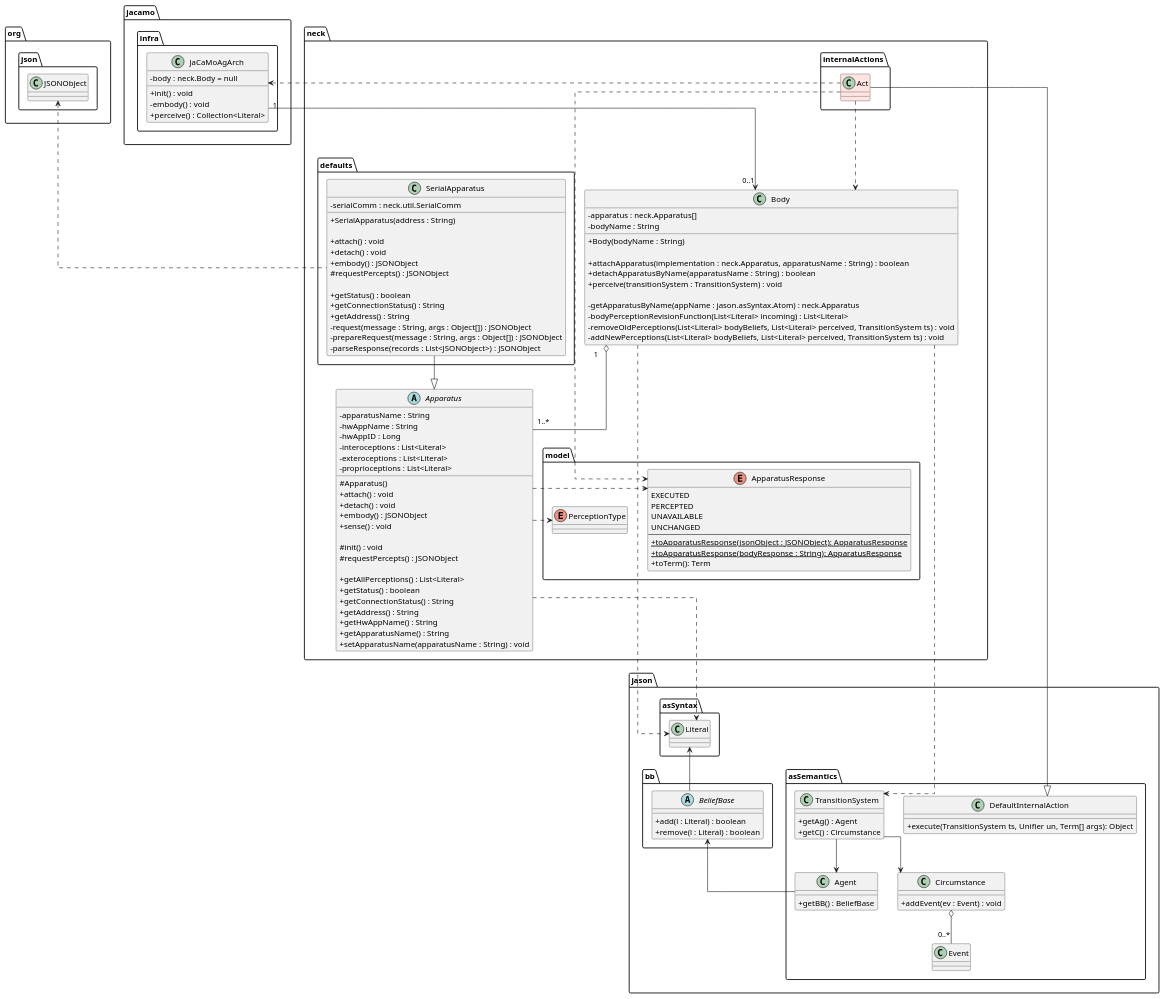
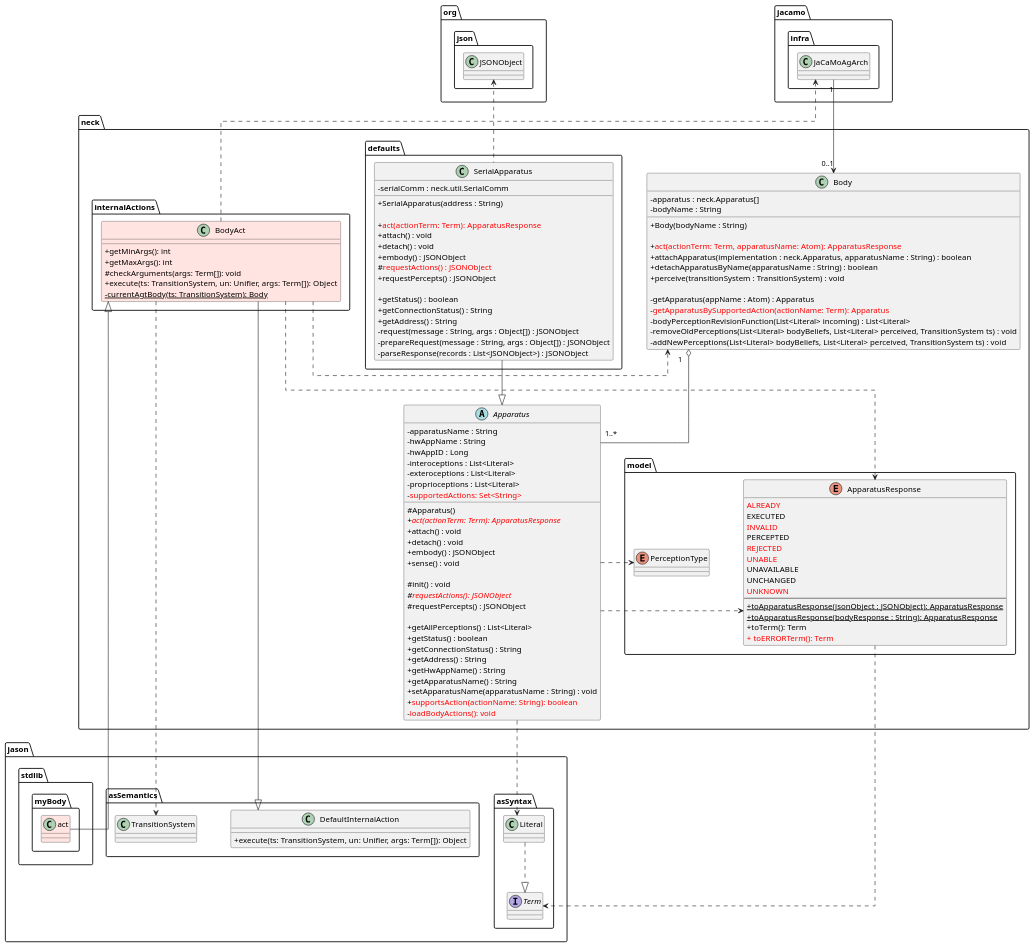
Before and after one commit to chon-group/JACAMOb: the diagram in doc/02-MyBodyMyActions/plantUML/class/MyActions_class.puml, drawn with PlantUML. The commit also changed 16 other files, not shown here.

Commit message:
adjusting myBody.act() Internal Action

```diff
--- a/doc/02-MyBodyMyActions/plantUML/class/MyActions_class.puml
+++ b/doc/02-MyBodyMyActions/plantUML/class/MyActions_class.puml
@@ -6,14 +6,13 @@
 @startuml
 
-' top to bottom direction
+  top to bottom direction
 
  skinparam classAttributeIconSize 0
  skinparam packageStyle folder
  skinparam linetype ortho
- skinparam nodesep 35
- 'skinparam ranksep 45
- skinparam ranksep 60
-
+ skinparam linetype ortho
+ skinparam nodesep 60
+ skinparam ranksep 80
 
 package org{
   package json{
@@ -28,62 +27,31 @@
 ' ============================================================
 package jason {
 
+  package "stdlib" {
+    package "myBody" {
+        class "act" as myBodyAct #MistyRose
+    }
+  }
+
   package "asSemantics" as pkg_jason_semantics {
 
-    class "TransitionSystem" as TransitionSystem {
-        + getAg() : Agent
-        + getC() : Circumstance
-    }
+      class "TransitionSystem" as TransitionSystem
 
-    class "Agent" as Agent {
-        + getBB() : BeliefBase
-    }
+      class "DefaultInternalAction" as DefaultInternalAction {
+          + execute(ts: TransitionSystem, un: Unifier, args: Term[]): Object
+      }
 
-    class "Circumstance" as Circumstance {
-        + addEvent(ev : Event) : void
-    }
-
-    class "DefaultInternalAction" as DefaultInternalAction{
-      + execute(TransitionSystem ts, Unifier un, Term[] args): Object
-    }
-
-    class "Event" as Event
-
-
-  }
-
-  package "bb" as pkg_jason_bb {
-
-    abstract "BeliefBase" as BeliefBase {
-         + add(l : Literal) : boolean
-         + remove(l : Literal) : boolean
-    }
   }
 
   package "asSyntax" as pkg_jason_syntax {
 
-    class "Literal" as Literal {
-        ' + getAnnots() : List<Term>
-        ' + addAnnot(annot : Term) : boolean
-        ' + hasAnnot(annot : Term) : boolean
-        ' + clearAnnots() : Literal
-    }
+    interface "Term" as Term
 
+    class "Literal" as Literal
 
-  
-    
+    Literal ..|> Term
+
   }
-
-    TransitionSystem --> Agent 
-    TransitionSystem --> Circumstance
-
-    Circumstance o-- "0..*" Event 
-
-    Literal <-- BeliefBase
-    BeliefBase <-- Agent
-
-
-
 }
 
 
@@ -99,11 +67,6 @@
 
   package "infra" as pkg_infra {
     class "JaCaMoAgArch" as JaCaMoAgArch {
-        - body : neck.Body = null
-
-        + init() : void
-        - embody() : void
-        + perceive() : Collection<Literal>
     }
   }
 
@@ -120,22 +83,34 @@
     enum "PerceptionType" as PerceptionType  {}
 
     enum "ApparatusResponse" as ApparatusResponse  {
+        <color:red>ALREADY</color>
         EXECUTED
+        <color:red>INVALID</color>
         PERCEPTED
+        <color:red>REJECTED</color>
+        <color:red>UNABLE</color>
         UNAVAILABLE
         UNCHANGED
+        <color:red>UNKNOWN</color>
         --
         {static} + toApparatusResponse(jsonObject : JSONObject): ApparatusResponse
         {static} + toApparatusResponse(bodyResponse : String): ApparatusResponse
         + toTerm(): Term
+        <color:red>+ toERRORTerm(): Term</color>
     }
   }
 
   package "internalActions" as internalActions {
-    class "Act" as Act #MistyRose {
-
+    class "BodyAct" as Act #MistyRose {
+    +getMinArgs(): int
+    +getMaxArgs(): int
+    #checkArguments(args: Term[]): void
+    +execute(ts: TransitionSystem, un: Unifier, args: Term[]): Object
+    {static} -currentAgtBody(ts: TransitionSystem): Body
     }
   }
+
+  Act <|-- myBodyAct
 
   class "Body" as Body {
 
@@ -144,23 +119,25 @@
 
       + Body(bodyName : String)
 
+      + <color:red>act(actionTerm: Term, apparatusName: Atom): ApparatusResponse</color>      
       + attachApparatus(implementation : neck.Apparatus, apparatusName : String) : boolean
       + detachApparatusByName(apparatusName : String) : boolean
       + perceive(transitionSystem : TransitionSystem) : void
 
-      - getApparatusByName(appName : jason.asSyntax.Atom) : neck.Apparatus
+      - getApparatus(appName : Atom) : Apparatus
+      - <color:red>getApparatusBySupportedAction(actionName: Term): Apparatus</color>
       - bodyPerceptionRevisionFunction(List<Literal> incoming) : List<Literal>
       - removeOldPerceptions(List<Literal> bodyBeliefs, List<Literal> perceived, TransitionSystem ts) : void
       - addNewPerceptions(List<Literal> bodyBeliefs, List<Literal> perceived, TransitionSystem ts) : void
+
+
   }
 
-  Body ..> TransitionSystem 
-  Body ..> Literal
-  Apparatus ..> Literal
-
-
+  Act ..> TransitionSystem 
 
   Apparatus ..> ApparatusResponse
+  ApparatusResponse ..> Term
+  Apparatus ..> Literal
 
 
 
@@ -172,14 +149,17 @@
       - interoceptions : List<Literal>
       - exteroceptions : List<Literal>
       - proprioceptions : List<Literal>
+      - <color:red>supportedActions: Set<String></color>
 
       # Apparatus()
+      {abstract} + <color:red>act(actionTerm: Term): ApparatusResponse</color>
       + attach() : void
       + detach() : void
       + embody() : JSONObject
       + sense() : void
 
       # init() : void
+      {abstract} # <color:red>requestActions(): JSONObject</color>
       # requestPercepts() : JSONObject
 
       + getAllPerceptions() : List<Literal>
@@ -189,7 +169,8 @@
       + getHwAppName() : String
       + getApparatusName() : String
       + setApparatusName(apparatusName : String) : void
-
+      + <color:red>supportsAction(actionName: String): boolean</color>
+      - <color:red>loadBodyActions(): void</color>
       
       
     }
@@ -204,10 +185,12 @@
 
       + SerialApparatus(address : String)
 
+      + <color:red>act(actionTerm: Term): ApparatusResponse</color>
       + attach() : void
       + detach() : void
       + embody() : JSONObject
-      # requestPercepts() : JSONObject
+      # <color:red>requestActions() : JSONObject</color>
+      + requestPercepts() : JSONObject
 
       + getStatus() : boolean
       + getConnectionStatus() : String
@@ -232,12 +215,16 @@
 ' A ação interna do NECK estende a ação interna padrão do Jason
 Act --|> DefaultInternalAction
 
-' A ação interna acessa o corpo pela arquitetura do agente
-Act ..> JaCaMoAgArch
-Act ..> Body
+' ' A ação interna acessa o corpo pela arquitetura do agente
+ Act ..> JaCaMoAgArch
+' Act ..> Body
 
-' A ação interna utiliza a resposta corporal
-Act ..> ApparatusResponse
+' ' A ação interna utiliza a resposta corporal
+' Act ..> ApparatusResponse
+
+
+Act ..[norank]> Body
+Act ..[norank]> ApparatusResponse
 
 
 Apparatus ..> PerceptionType
```
